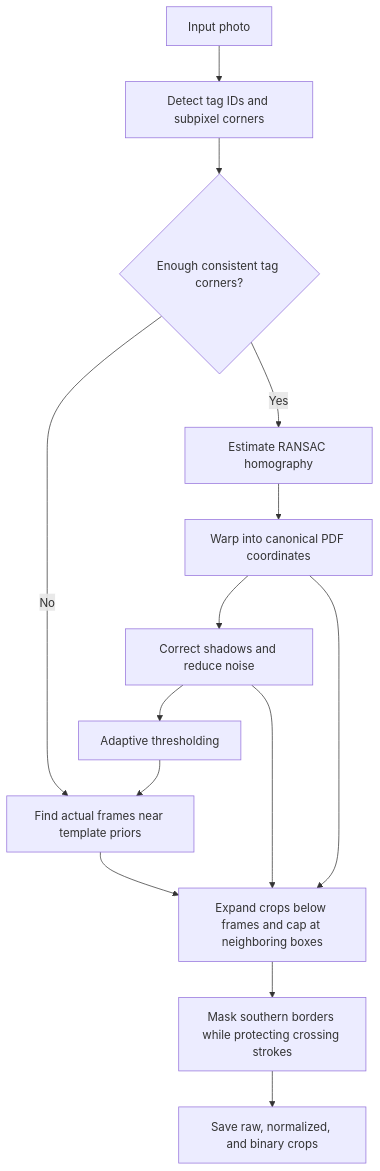
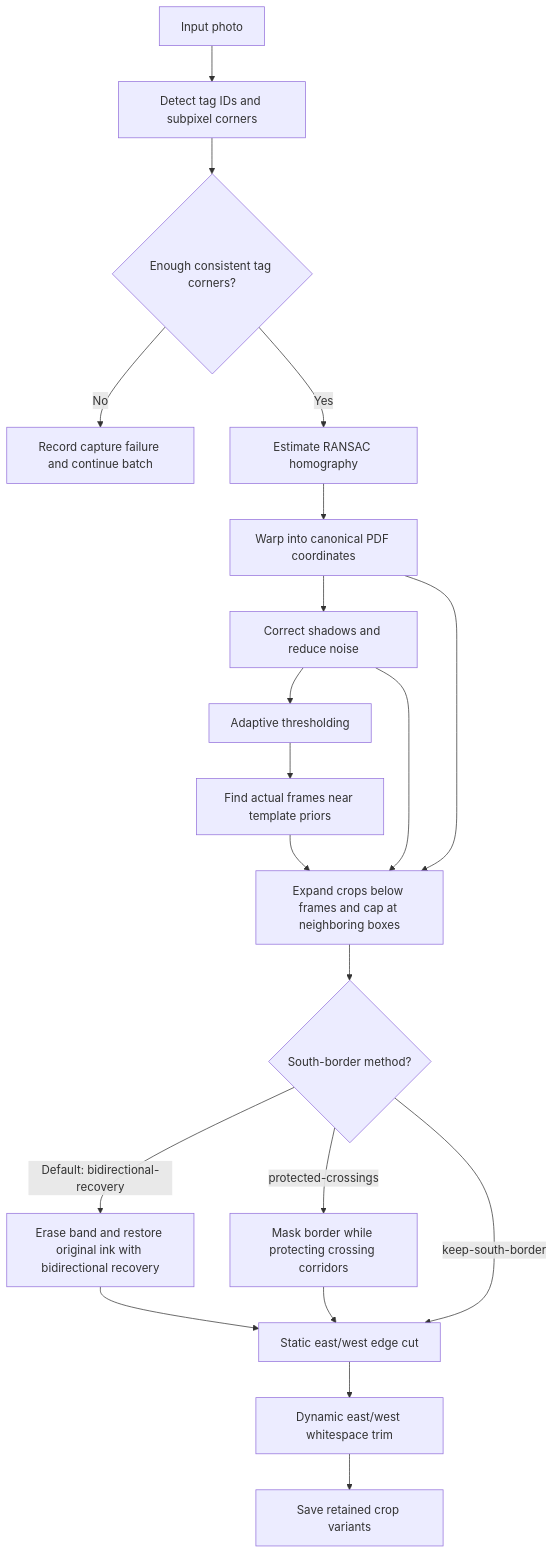
One commit to anhquan-dao/math-quiz-auto-grader changed the second of 2 diagrams in README.md. Above: the diagram before and after it, drawn with Mermaid. The commit also changed other lines of this file and 19 other files, not shown here.

First line of the commit message:
Improve crop recovery and offline review controls

````diff
--- a/README.md
+++ b/README.md
@@ -258,16 +278,22 @@
 ```mermaid
 flowchart TD
     I[Input photo] --> D[Detect tag IDs and subpixel corners]
     D --> V{Enough consistent tag corners?}
-    V -->|No| F[Record capture failure and continue batch]
+    V -->|No| FAIL[Record capture failure and continue batch]
     V -->|Yes| R[Estimate RANSAC homography]
     R --> W[Warp into canonical PDF coordinates]
     W --> N[Correct shadows and reduce noise]
     N --> B[Adaptive thresholding]
     B --> F[Find actual frames near template priors]
     F --> C[Expand crops below frames and cap at neighboring boxes]
     W --> C
     N --> C
-    C --> M[Mask southern borders while protecting crossing strokes]
-    M --> S[Save raw, normalized, and binary crops]
+    C --> M{South-border method?}
+    M -->|Default: bidirectional-recovery| BR[Erase band and restore original ink with bidirectional recovery]
+    M -->|protected-crossings| PC[Mask border while protecting crossing corridors]
+    M -->|keep-south-border| ST[Static east/west edge cut]
+    BR --> ST
+    PC --> ST
+    ST --> DT[Dynamic east/west whitespace trim]
+    DT --> S[Save retained crop variants]
 ```
````
